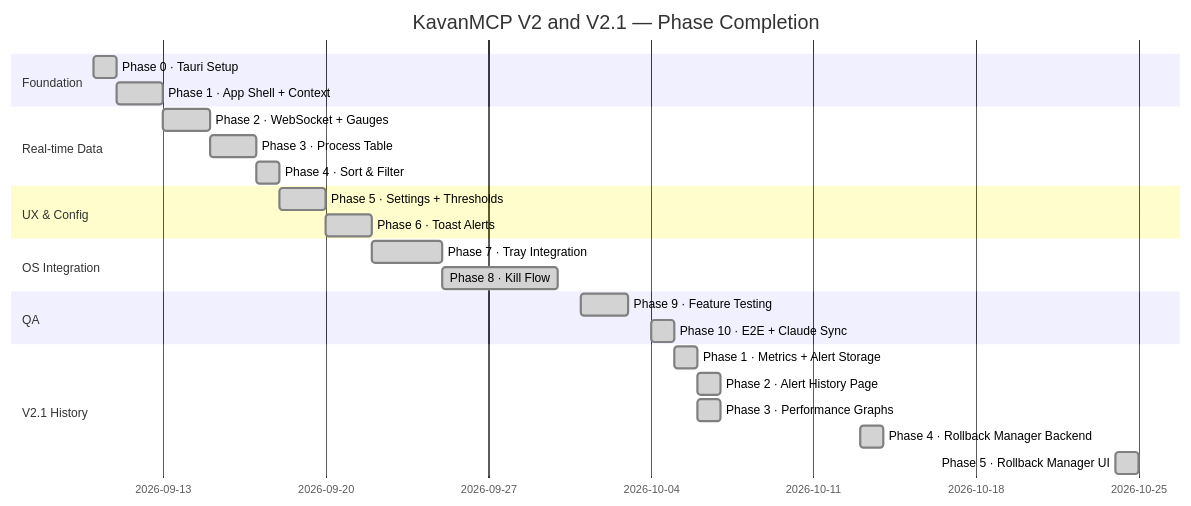
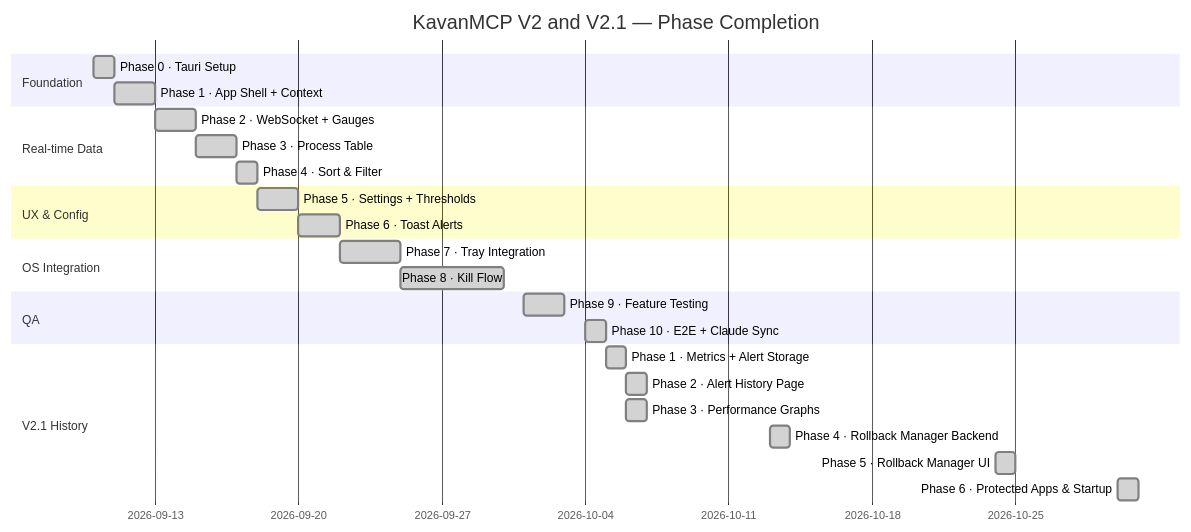
Before and after one commit to Rahul-8283/KavanMCP: the sixth of 7 diagrams in README.md, drawn with Mermaid. The commit also changed other lines of this file and 1 other file, not shown here.

First line of the commit message:
docs: update the README, test count and last commit for V2.1 phase 6

````diff
--- a/README.md
+++ b/README.md
@@ -277,27 +277,28 @@
 ```mermaid
 gantt
     title KavanMCP V2 and V2.1 — Phase Completion
     dateFormat YYYY-MM-DD
     section Foundation
     Phase 0 · Tauri Setup          :done, 2026-09-10, 1d
     Phase 1 · App Shell + Context  :done, 2026-09-11, 2d
     section Real-time Data
     Phase 2 · WebSocket + Gauges   :done, 2026-09-13, 2d
     Phase 3 · Process Table        :done, 2026-09-15, 2d
     Phase 4 · Sort & Filter        :done, 2026-09-17, 1d
     section UX & Config
     Phase 5 · Settings + Thresholds:done, 2026-09-18, 2d
     Phase 6 · Toast Alerts         :done, 2026-09-20, 2d
     section OS Integration
     Phase 7 · Tray Integration     :done, 2026-09-22, 3d
     Phase 8 · Kill Flow            :done, 2026-09-25, 5d
     section QA
     Phase 9 · Feature Testing      :done, 2026-10-01, 2d
     Phase 10 · E2E + Claude Sync   :done, 2026-10-04, 1d
     section V2.1 History
     Phase 1 · Metrics + Alert Storage :done, 2026-10-05, 1d
     Phase 2 · Alert History Page      :done, 2026-10-06, 1d
     Phase 3 · Performance Graphs      :done, 2026-10-06, 1d
     Phase 4 · Rollback Manager Backend :done, 2026-10-13, 1d
     Phase 5 · Rollback Manager UI      :done, 2026-10-24, 1d
+    Phase 6 · Protected Apps & Startup :done, 2026-10-30, 1d
 ```
````
